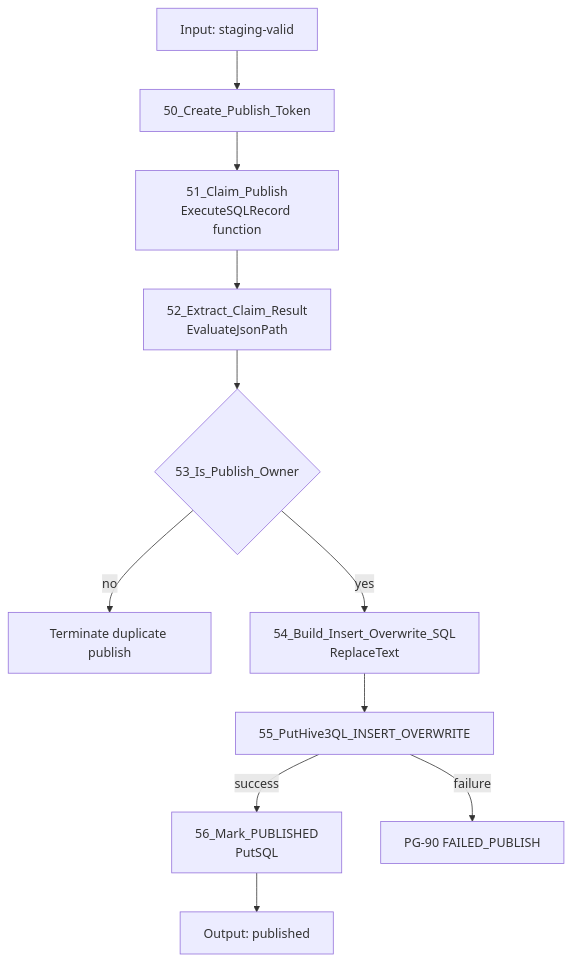
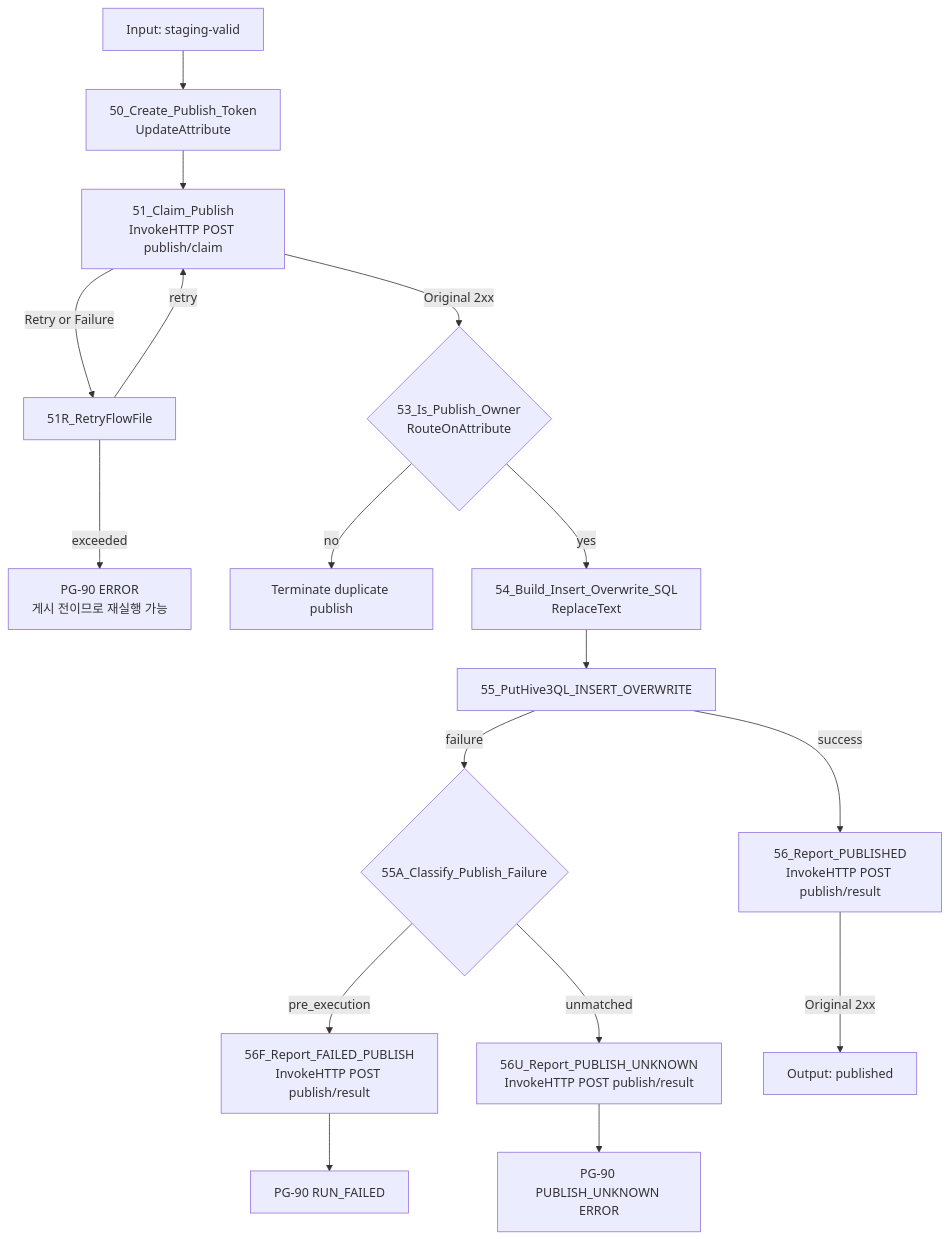
Before and after one commit to DataDynamics/nifi-sqoop-removal: the tenth of 13 diagrams in nifi-sqoop-removal-guide.md, drawn with Mermaid. The commit also changed other lines of this file and 3 other files, not shown here.

````diff
--- a/nifi-sqoop-removal-guide.md
+++ b/nifi-sqoop-removal-guide.md
@@ -1228,13 +1325,19 @@
 ```mermaid
 flowchart TD
-    I[Input: staging-valid] --> T[50_Create_Publish_Token]
-    T --> C[51_Claim_Publish<br/>ExecuteSQLRecord function]
-    C --> V[52_Extract_Claim_Result<br/>EvaluateJsonPath]
-    V --> R{53_Is_Publish_Owner}
+    I[Input: staging-valid] --> T[50_Create_Publish_Token<br/>UpdateAttribute]
+    T --> C[51_Claim_Publish<br/>InvokeHTTP POST publish/claim]
+    C -->|Original 2xx| R{53_Is_Publish_Owner<br/>RouteOnAttribute}
+    C -->|Retry or Failure| CR[51R_RetryFlowFile]
+    CR -->|retry| C
+    CR -->|exceeded| F0[PG-90 ERROR<br/>게시 전이므로 재실행 가능]
     R -->|no| X[Terminate duplicate publish]
     R -->|yes| B[54_Build_Insert_Overwrite_SQL<br/>ReplaceText]
     B --> P[55_PutHive3QL_INSERT_OVERWRITE]
-    P -->|success| S[56_Mark_PUBLISHED<br/>PutSQL]
-    P -->|failure| F[PG-90 FAILED_PUBLISH]
-    S --> O[Output: published]
+    P -->|success| S[56_Report_PUBLISHED<br/>InvokeHTTP POST publish/result]
+    P -->|failure| PA{55A_Classify_Publish_Failure}
+    PA -->|pre_execution| SF[56F_Report_FAILED_PUBLISH<br/>InvokeHTTP POST publish/result]
+    PA -->|unmatched| SU[56U_Report_PUBLISH_UNKNOWN<br/>InvokeHTTP POST publish/result]
+    S -->|Original 2xx| O[Output: published]
+    SF --> FE[PG-90 RUN_FAILED]
+    SU --> UE[PG-90 PUBLISH_UNKNOWN ERROR]
 ```
````
